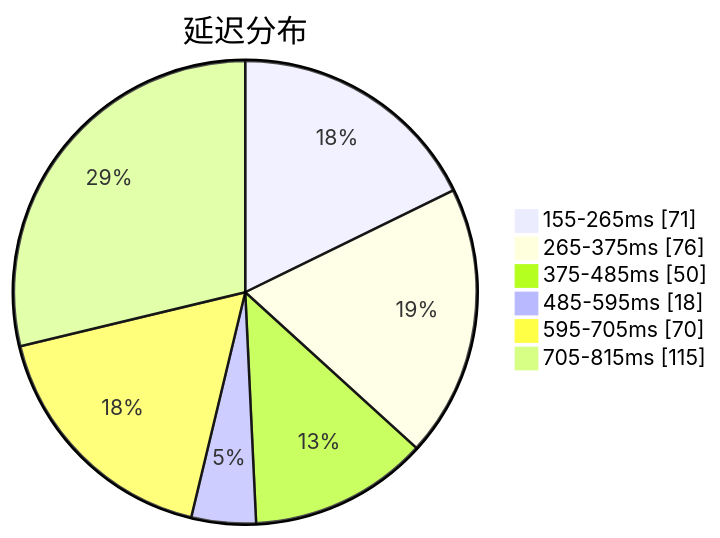
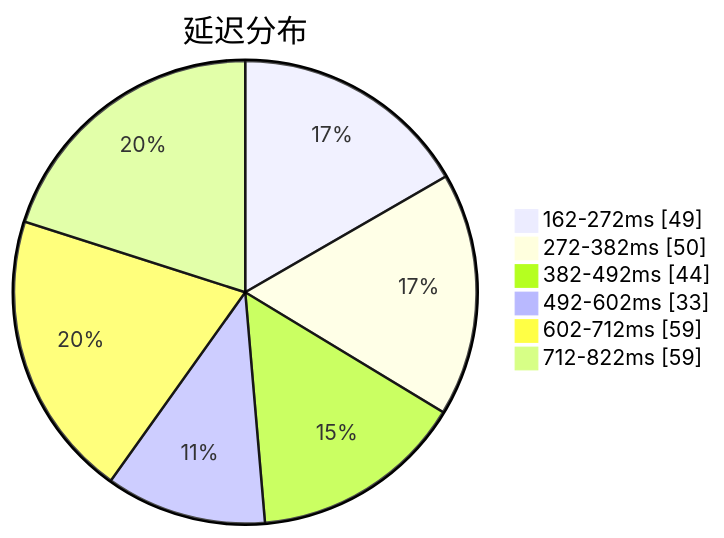
One commit to qjlxg/airport changed the first of 3 diagrams in subs/statistics/tested_within.md. Above: the diagram before and after it, drawn with Mermaid. The commit also changed other lines of this file and 2 other files, not shown here.

Commit message:
Tested by metaST

````diff
--- a/subs/statistics/tested_within.md
+++ b/subs/statistics/tested_within.md
@@ -2,10 +2,10 @@
 ```mermaid
 pie showData
 title 延迟分布
-"155-265ms" : 71
-"265-375ms" : 76
-"375-485ms" : 50
-"485-595ms" : 18
-"595-705ms" : 70
-"705-815ms" : 115
+"162-272ms" : 49
+"272-382ms" : 50
+"382-492ms" : 44
+"492-602ms" : 33
+"602-712ms" : 59
+"712-822ms" : 59
 ```
````
